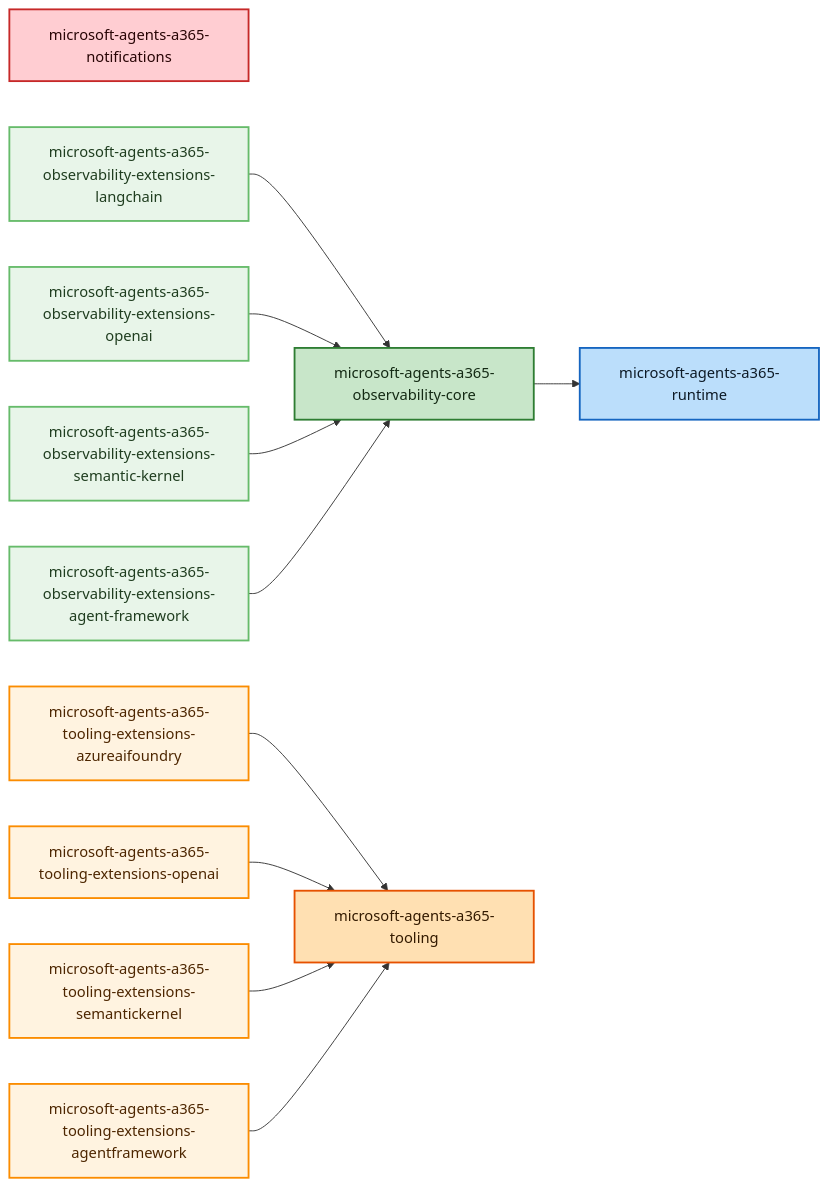
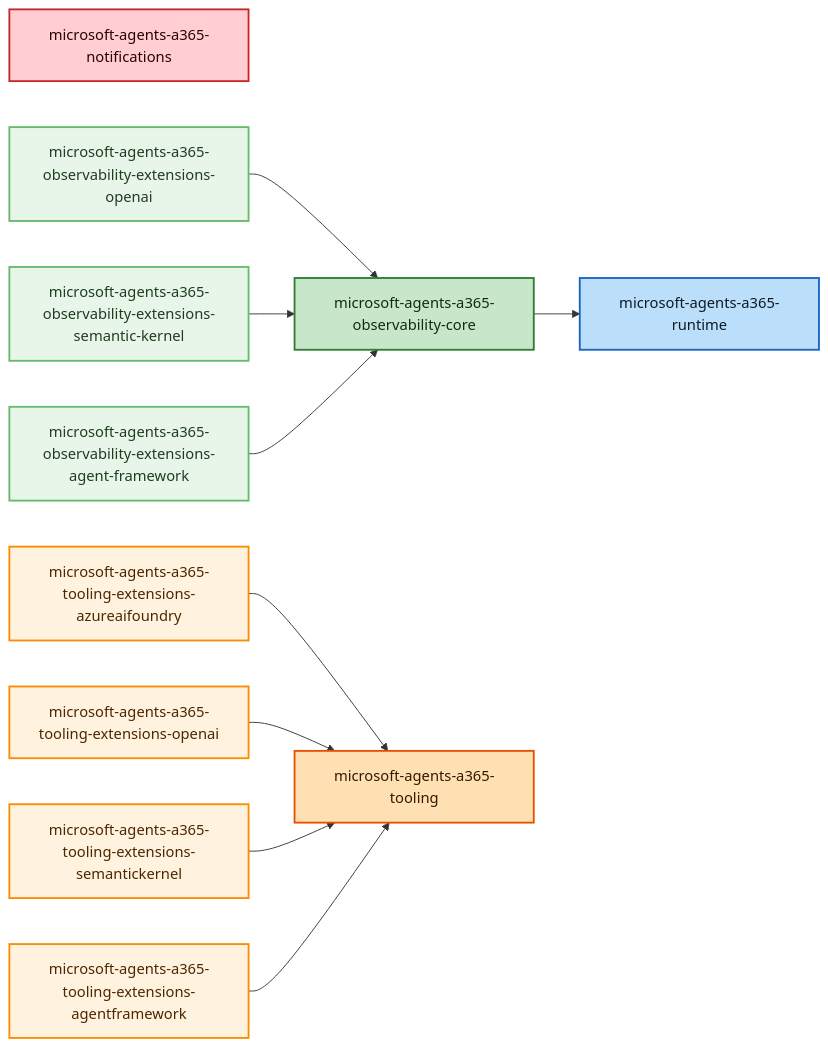
The diagram in DEPENDENCIES.md (microsoft/Agent365-python), drawn with Mermaid before and after one commit. The commit also changed 23 other files, not shown here.

````diff
--- a/DEPENDENCIES.md
+++ b/DEPENDENCIES.md
@@ -5,41 +5,39 @@
 ```mermaid
 graph LR
     %% Package Nodes
     microsoft_agents_a365_notifications["microsoft-agents-a365-notifications"]
     microsoft_agents_a365_observability_core["microsoft-agents-a365-observability-core"]
-    microsoft_agents_a365_observability_extensions_langchain["microsoft-agents-a365-observability-extensions-langchain"]
     microsoft_agents_a365_observability_extensions_openai["microsoft-agents-a365-observability-extensions-openai"]
     microsoft_agents_a365_observability_extensions_semantic_kernel["microsoft-agents-a365-observability-extensions-semantic-kernel"]
     microsoft_agents_a365_observability_extensions_agent_framework["microsoft-agents-a365-observability-extensions-agent-framework"]
     microsoft_agents_a365_runtime["microsoft-agents-a365-runtime"]
     microsoft_agents_a365_tooling["microsoft-agents-a365-tooling"]
     microsoft_agents_a365_tooling_extensions_azureaifoundry["microsoft-agents-a365-tooling-extensions-azureaifoundry"]
     microsoft_agents_a365_tooling_extensions_openai["microsoft-agents-a365-tooling-extensions-openai"]
     microsoft_agents_a365_tooling_extensions_semantickernel["microsoft-agents-a365-tooling-extensions-semantickernel"]
     microsoft_agents_a365_tooling_extensions_agentframework["microsoft-agents-a365-tooling-extensions-agentframework"]
 
     %% Dependencies
     microsoft_agents_a365_observability_core --> microsoft_agents_a365_runtime
-    microsoft_agents_a365_observability_extensions_langchain --> microsoft_agents_a365_observability_core
     microsoft_agents_a365_observability_extensions_openai --> microsoft_agents_a365_observability_core
     microsoft_agents_a365_observability_extensions_semantic_kernel --> microsoft_agents_a365_observability_core
     microsoft_agents_a365_observability_extensions_agent_framework --> microsoft_agents_a365_observability_core
     microsoft_agents_a365_tooling_extensions_azureaifoundry --> microsoft_agents_a365_tooling
     microsoft_agents_a365_tooling_extensions_openai --> microsoft_agents_a365_tooling
     microsoft_agents_a365_tooling_extensions_semantickernel --> microsoft_agents_a365_tooling
     microsoft_agents_a365_tooling_extensions_agentframework --> microsoft_agents_a365_tooling
 
     %% Styling
     classDef notifications fill:#ffcdd2,stroke:#c62828,color:#280505,stroke-width:2px
     class microsoft_agents_a365_notifications notifications
     classDef runtime fill:#bbdefb,stroke:#1565c0,color:#0d1a26,stroke-width:2px
     class microsoft_agents_a365_runtime runtime
     classDef observability fill:#c8e6c9,stroke:#2e7d32,color:#142a14,stroke-width:2px
     class microsoft_agents_a365_observability_core observability
     classDef observability_extensions fill:#e8f5e9,stroke:#66bb6a,color:#1f3d1f,stroke-width:2px
-    class microsoft_agents_a365_observability_extensions_langchain,microsoft_agents_a365_observability_extensions_openai,microsoft_agents_a365_observability_extensions_semantic_kernel,microsoft_agents_a365_observability_extensions_agent_framework observability_extensions
+    class microsoft_agents_a365_observability_extensions_openai,microsoft_agents_a365_observability_extensions_semantic_kernel,microsoft_agents_a365_observability_extensions_agent_framework observability_extensions
     classDef tooling fill:#ffe0b2,stroke:#e65100,color:#331a00,stroke-width:2px
     class microsoft_agents_a365_tooling tooling
     classDef tooling_extensions fill:#fff3e0,stroke:#fb8c00,color:#4d2600,stroke-width:2px
     class microsoft_agents_a365_tooling_extensions_azureaifoundry,microsoft_agents_a365_tooling_extensions_openai,microsoft_agents_a365_tooling_extensions_semantickernel,microsoft_agents_a365_tooling_extensions_agentframework tooling_extensions
 ```
````
